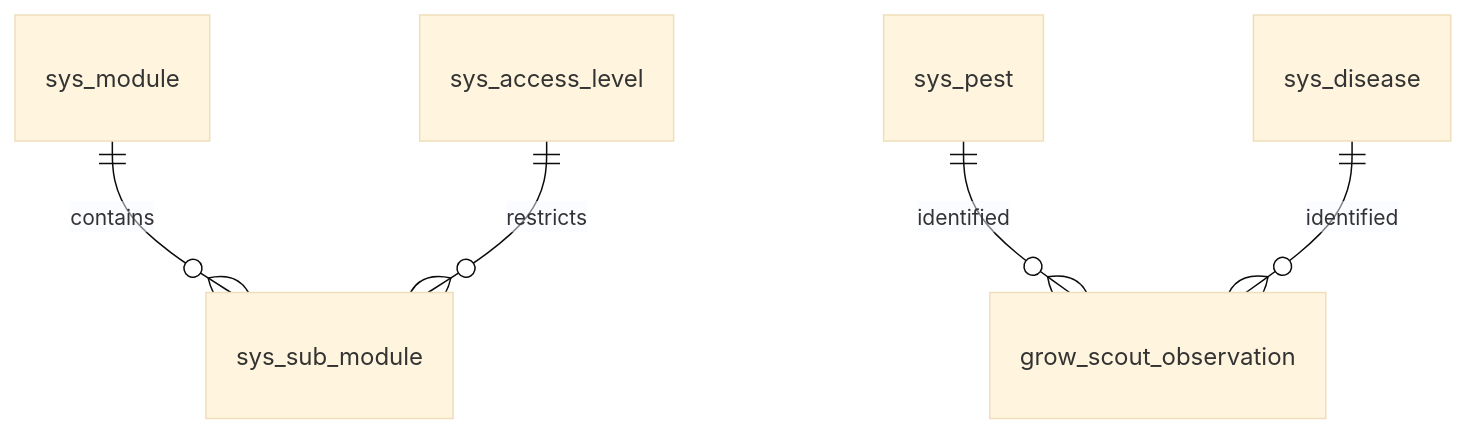
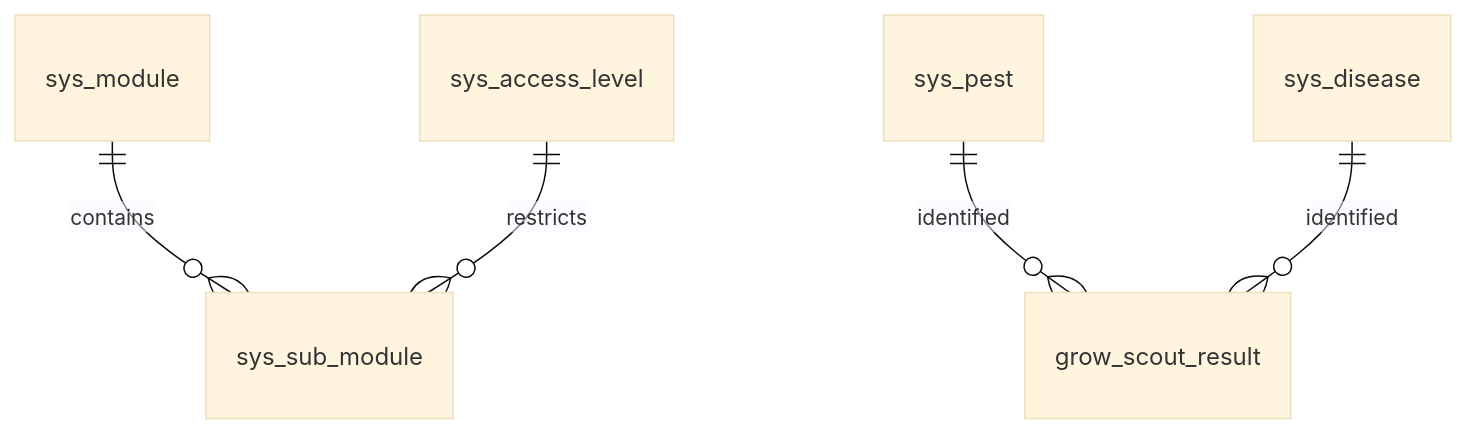
Before and after one commit to Hawaii-Farming/aloha-app: the diagram in docs/schemas/20260327_01_sys.md, drawn with Mermaid (base theme). The commit also changed 16 other files, not shown here.

First line of the commit message:
Rename observation/reading/inspection tables to result pattern

````diff
--- a/docs/schemas/20260327_01_sys.md
+++ b/docs/schemas/20260327_01_sys.md
@@ -9,7 +9,7 @@
 ```mermaid
 erDiagram
     sys_module ||--o{ sys_sub_module : contains
     sys_access_level ||--o{ sys_sub_module : restricts
-    sys_pest ||--o{ grow_scout_observation : identified
-    sys_disease ||--o{ grow_scout_observation : identified
+    sys_pest ||--o{ grow_scout_result : identified
+    sys_disease ||--o{ grow_scout_result : identified
 ```
````
